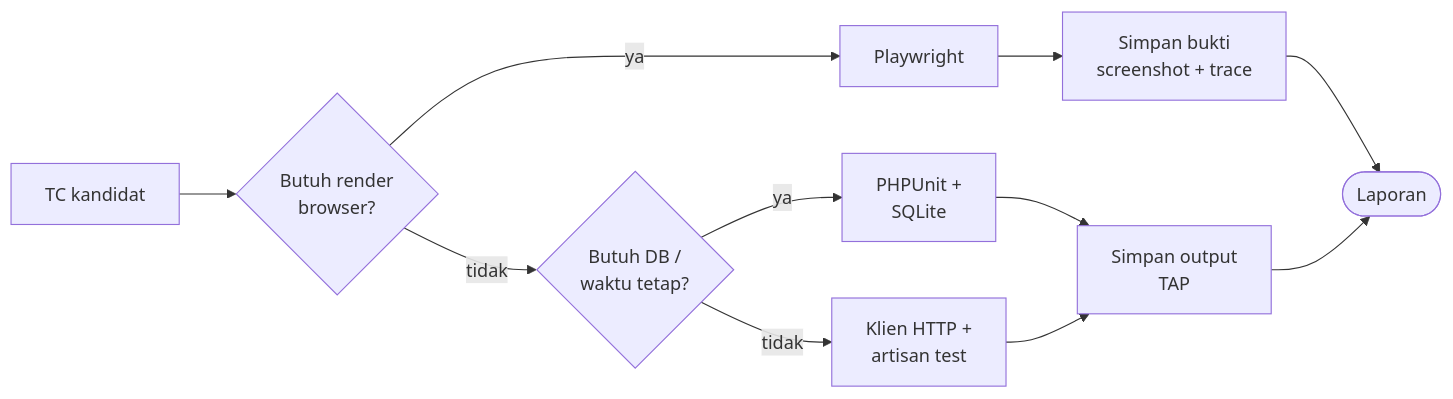
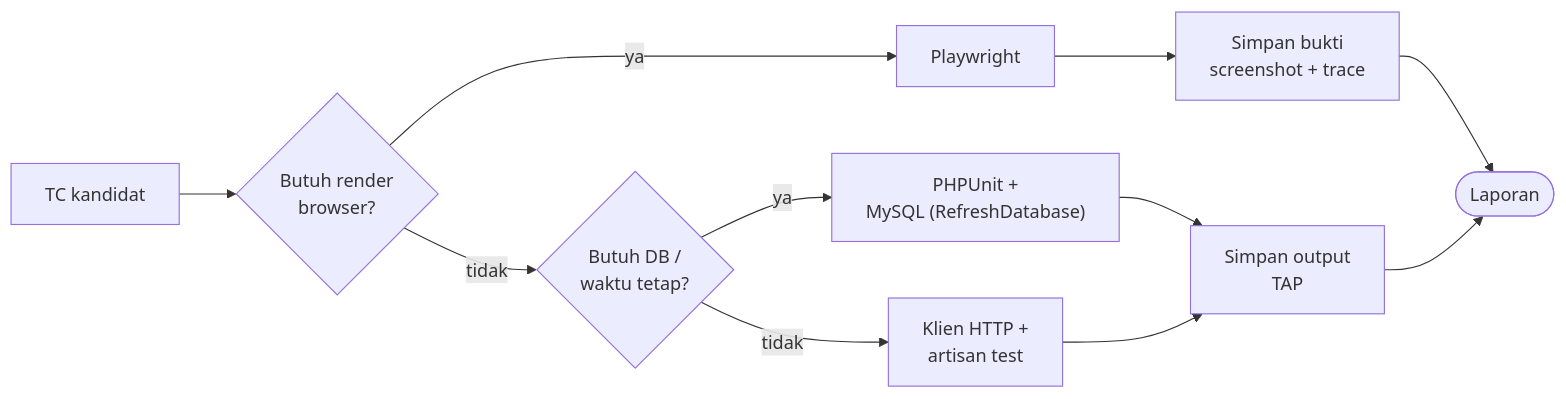
One commit to faizmarwan2/Project1 changed the first of 2 diagrams in docs/project-a/17-Test-Automation.md. Above: the diagram before and after it, drawn with Mermaid. The commit also changed other lines of this file and 20 other files, not shown here.

````diff
--- a/docs/project-a/17-Test-Automation.md
+++ b/docs/project-a/17-Test-Automation.md
@@ -114,13 +114,13 @@
 ```mermaid
 flowchart LR
     A["TC kandidat"] --> B{"Butuh render<br/>browser?"}
     B -- "ya" --> C["Playwright"]
     B -- "tidak" --> D{"Butuh DB /<br/>waktu tetap?"}
-    D -- "ya" --> E["PHPUnit +<br/>SQLite"]
+    D -- "ya" --> E["PHPUnit +<br/>MySQL (RefreshDatabase)"]
     D -- "tidak" --> F["Klien HTTP +<br/>artisan test"]
     C --> G["Simpan bukti<br/>screenshot + trace"]
     E --> H["Simpan output<br/>TAP"]
     F --> H
     G --> I(["Laporan"])
     H --> I
 ```
````
